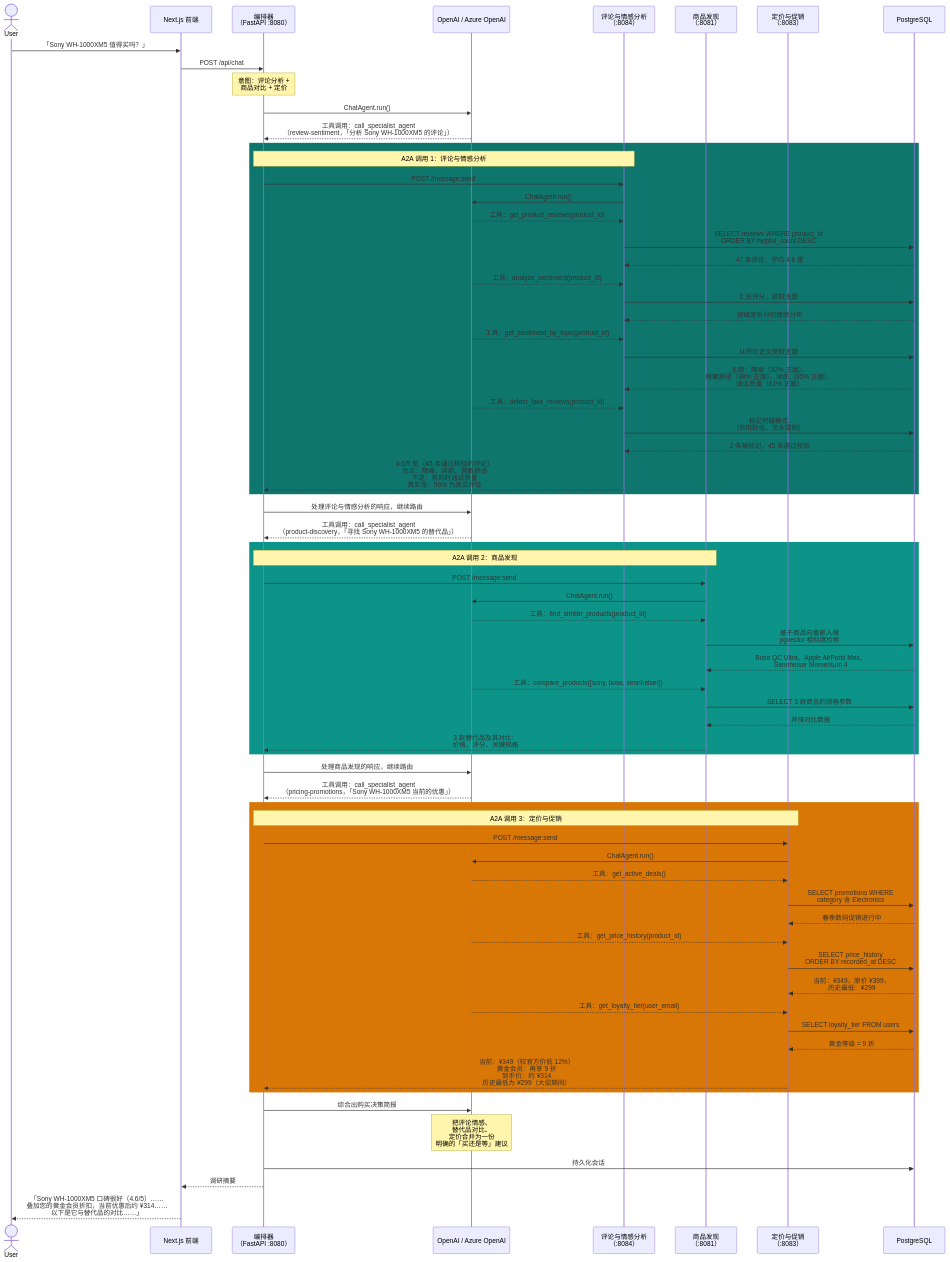
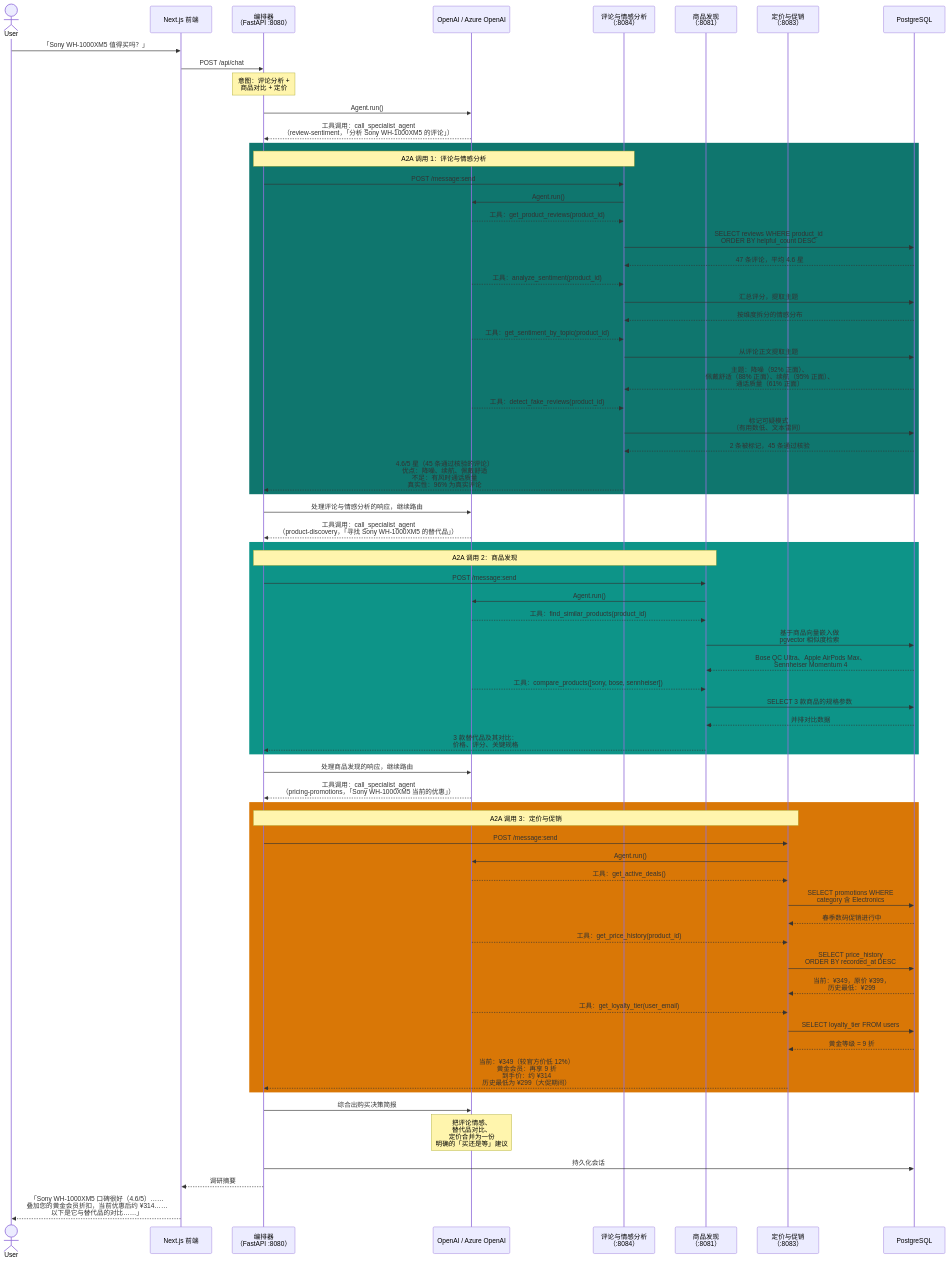
The second of 5 diagrams in docs/agent-flows.md (s1encisi/reliable-commerce-agents), drawn with Mermaid before and after one commit. The commit also changed other lines of this file and 144 other files, not shown here.

````diff
--- a/docs/agent-flows.md
+++ b/docs/agent-flows.md
@@ -113,80 +60,80 @@
 ```mermaid
 sequenceDiagram
     actor User
     participant FE as Next.js 前端
     participant ORCH as 编排器<br/>（FastAPI :8080）
     participant LLM as OpenAI / Azure OpenAI
     participant RS as 评论与情感分析<br/>（:8084）
     participant PD as 商品发现<br/>（:8081）
     participant PP as 定价与促销<br/>（:8083）
     participant DB as PostgreSQL
 
     User->>FE: 「Sony WH-1000XM5 值得买吗？」
     FE->>ORCH: POST /api/chat
 
     Note over ORCH: 意图：评论分析 +<br/>商品对比 + 定价
 
-    ORCH->>LLM: ChatAgent.run()
+    ORCH->>LLM: Agent.run()
     LLM-->>ORCH: 工具调用：call_specialist_agent<br/>（review-sentiment，「分析 Sony WH-1000XM5 的评论」）
 
     rect rgb(15, 118, 110)
         Note over ORCH,RS: A2A 调用 1：评论与情感分析
         ORCH->>RS: POST /message:send
-        RS->>LLM: ChatAgent.run()
+        RS->>LLM: Agent.run()
         LLM-->>RS: 工具：get_product_reviews(product_id)
         RS->>DB: SELECT reviews WHERE product_id<br/>ORDER BY helpful_count DESC
         DB-->>RS: 47 条评论，平均 4.6 星
         LLM-->>RS: 工具：analyze_sentiment(product_id)
         RS->>DB: 汇总评分，提取主题
         DB-->>RS: 按维度拆分的情感分布
         LLM-->>RS: 工具：get_sentiment_by_topic(product_id)
         RS->>DB: 从评论正文提取主题
         DB-->>RS: 主题：降噪（92% 正面）、<br/>佩戴舒适（88% 正面）、续航（95% 正面）、<br/>通话质量（61% 正面）
         LLM-->>RS: 工具：detect_fake_reviews(product_id)
         RS->>DB: 标记可疑模式<br/>（有用数低、文本雷同）
         DB-->>RS: 2 条被标记，45 条通过核验
         RS-->>ORCH: 4.6/5 星（45 条通过核验的评论）<br/>优点：降噪、续航、佩戴舒适<br/>不足：有风时通话质量<br/>真实性：96% 为真实评论
     end
 
     ORCH->>LLM: 处理评论与情感分析的响应，继续路由
     LLM-->>ORCH: 工具调用：call_specialist_agent<br/>（product-discovery，「寻找 Sony WH-1000XM5 的替代品」）
 
     rect rgb(13, 148, 136)
         Note over ORCH,PD: A2A 调用 2：商品发现
         ORCH->>PD: POST /message:send
-        PD->>LLM: ChatAgent.run()
+        PD->>LLM: Agent.run()
         LLM-->>PD: 工具：find_similar_products(product_id)
         PD->>DB: 基于商品向量嵌入做<br/>pgvector 相似度检索
         DB-->>PD: Bose QC Ultra、Apple AirPods Max、<br/>Sennheiser Momentum 4
         LLM-->>PD: 工具：compare_products([sony, bose, sennheiser])
         PD->>DB: SELECT 3 款商品的规格参数
         DB-->>PD: 并排对比数据
         PD-->>ORCH: 3 款替代品及其对比：<br/>价格、评分、关键规格
     end
 
     ORCH->>LLM: 处理商品发现的响应，继续路由
     LLM-->>ORCH: 工具调用：call_specialist_agent<br/>（pricing-promotions，「Sony WH-1000XM5 当前的优惠」）
 
     rect rgb(217, 119, 6)
         Note over ORCH,PP: A2A 调用 3：定价与促销
         ORCH->>PP: POST /message:send
-        PP->>LLM: ChatAgent.run()
+        PP->>LLM: Agent.run()
         LLM-->>PP: 工具：get_active_deals()
         PP->>DB: SELECT promotions WHERE<br/>category 含 Electronics
         DB-->>PP: 春季数码促销进行中
         LLM-->>PP: 工具：get_price_history(product_id)
         PP->>DB: SELECT price_history<br/>ORDER BY recorded_at DESC
         DB-->>PP: 当前：¥349，原价 ¥399，<br/>历史最低：¥299
         LLM-->>PP: 工具：get_loyalty_tier(user_email)
         PP->>DB: SELECT loyalty_tier FROM users
         DB-->>PP: 黄金等级 = 9 折
         PP-->>ORCH: 当前：¥349（较官方价低 12%）<br/>黄金会员：再享 9 折<br/>到手价：约 ¥314<br/>历史最低为 ¥299（大促期间）
     end
 
     ORCH->>LLM: 综合出购买决策简报
     Note over LLM: 把评论情感、<br/>替代品对比、<br/>定价合并为一份<br/>明确的「买还是等」建议
 
     ORCH->>DB: 持久化会话
     ORCH-->>FE: 调研摘要
     FE-->>User: 「Sony WH-1000XM5 口碑很好（4.6/5）……<br/>叠加您的黄金会员折扣，当前优惠后约 ¥314……<br/>以下是它与替代品的对比……」
 ```
````
